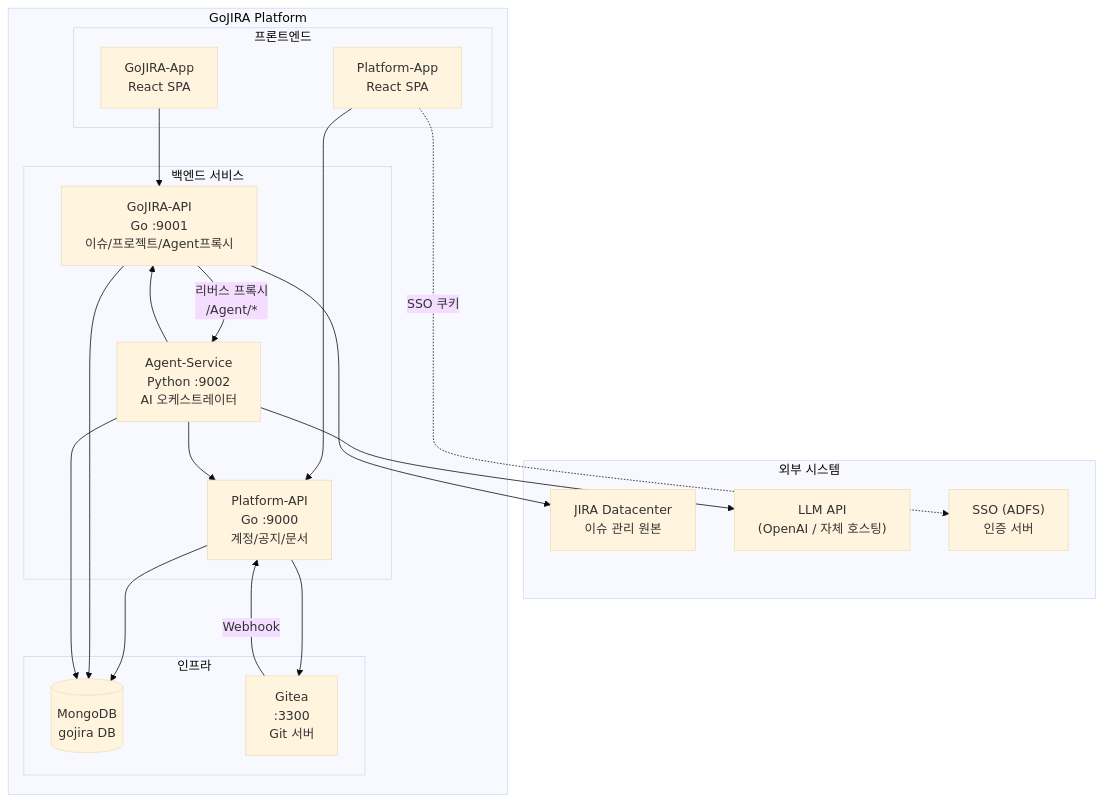
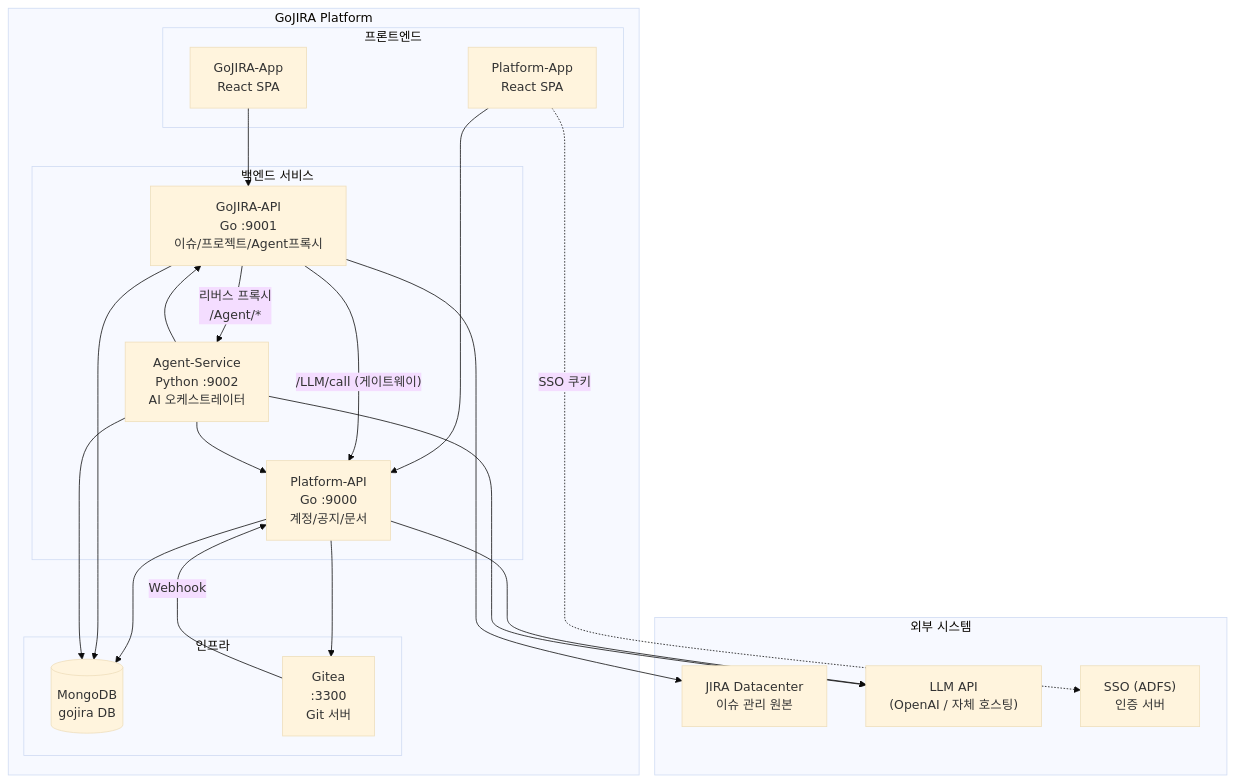
Before and after one commit to archi-duke/GoJIRA: the first of 8 diagrams in docs/design-platform.md, drawn with Mermaid (base theme). The commit also changed other lines of this file, not shown here.

First line of the commit message:
docs/design-platform: LLM 게이트웨이 흐름 반영

````diff
--- a/docs/design-platform.md
+++ b/docs/design-platform.md
@@ -56,40 +56,42 @@
 ```mermaid
 graph TB
     subgraph External["외부 시스템"]
         JIRA["JIRA Datacenter<br/>이슈 관리 원본"]
         LLM["LLM API<br/>(OpenAI / 자체 호스팅)"]
         ADFS["SSO (ADFS)<br/>인증 서버"]
     end
 
     subgraph GoJIRA["GoJIRA Platform"]
         subgraph FrontEnd["프론트엔드"]
             PA["Platform-App<br/>React SPA"]
             GA["GoJIRA-App<br/>React SPA"]
         end
 
         subgraph BackEnd["백엔드 서비스"]
             PAPI["Platform-API<br/>Go :9000<br/>계정/공지/문서"]
             GAPI["GoJIRA-API<br/>Go :9001<br/>이슈/프로젝트/Agent프록시"]
             AGENT["Agent-Service<br/>Python :9002<br/>AI 오케스트레이터"]
         end
 
         subgraph Infra["인프라"]
             MONGO[("MongoDB<br/>gojira DB")]
             GITEA["Gitea<br/>:3300<br/>Git 서버"]
         end
     end
 
     PA --> PAPI
     GA --> GAPI
     GAPI -- "리버스 프록시<br/>/Agent/*" --> AGENT
+    GAPI -- "/LLM/call (게이트웨이)" --> PAPI
     PAPI --> MONGO
     GAPI --> MONGO
     AGENT --> MONGO
     PAPI --> GITEA
+    PAPI --> LLM
     GAPI --> JIRA
     AGENT --> GAPI
     AGENT --> PAPI
     AGENT --> LLM
     PA -. "SSO 쿠키" .-> ADFS
     GITEA -- "Webhook" --> PAPI
 ```
````
